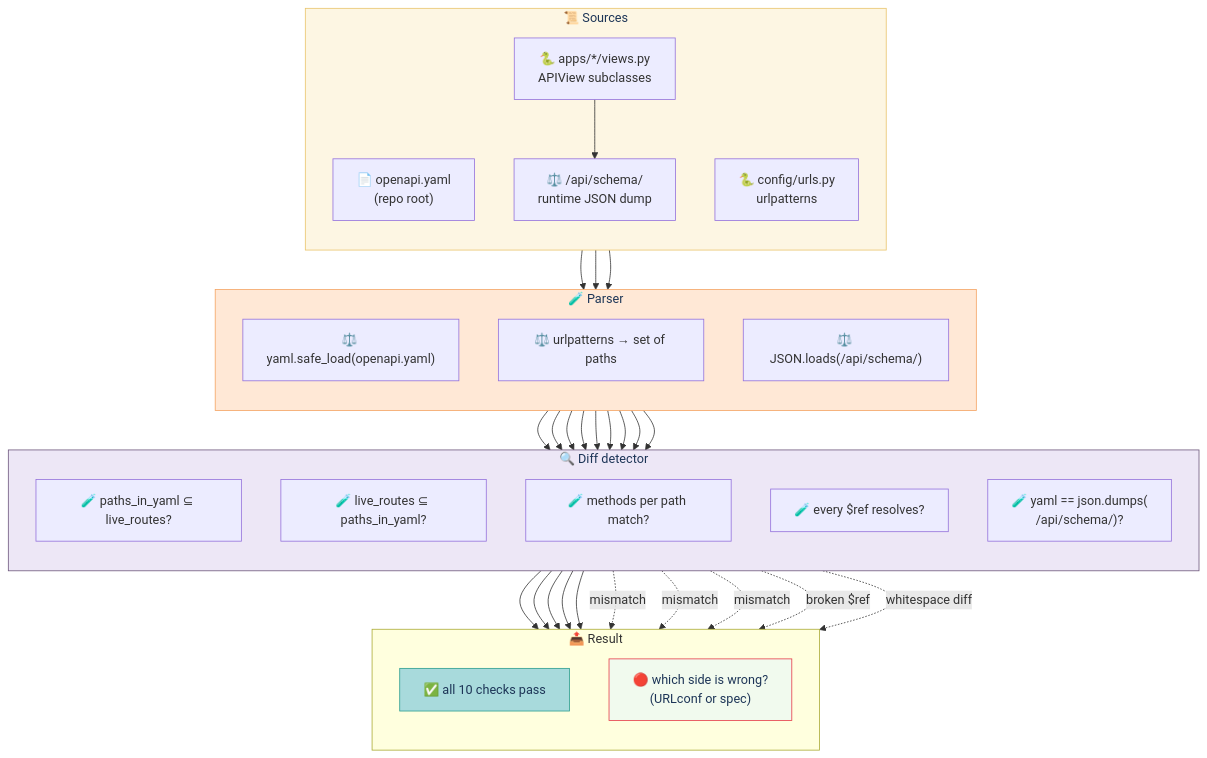
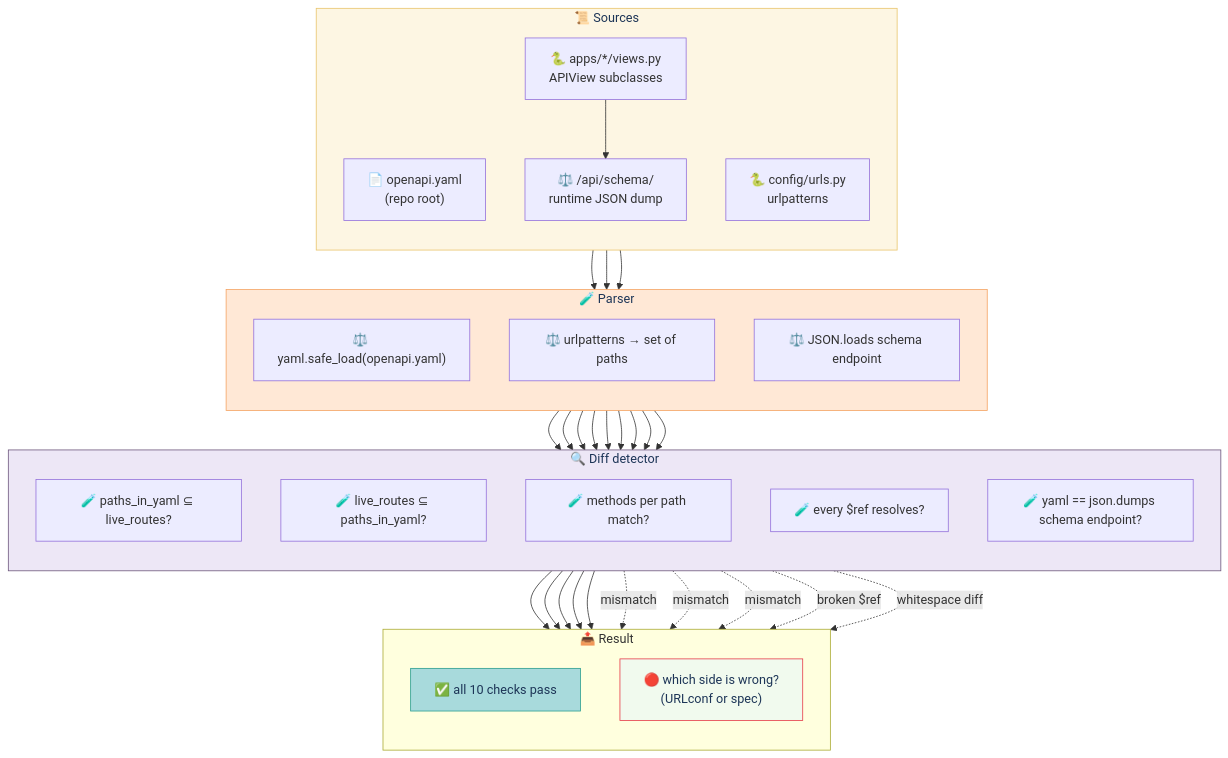
The diagram in docs/TESTING-CONFORMANCE.md (choksi2212/dogfood-hackathon), drawn with Mermaid before and after one commit. The commit also changed 20 other files, not shown here.

First line of the commit message:
Fix mermaid parse errors across 21 docs

````diff
--- a/docs/TESTING-CONFORMANCE.md
+++ b/docs/TESTING-CONFORMANCE.md
@@ -14,62 +14,62 @@
 ```mermaid
 flowchart TB
     subgraph SRC["📜 Sources"]
         direction TB
         YAML["📄 openapi.yaml<br/>(repo root)"]
         URL["🐍 config/urls.py<br/>urlpatterns"]
         VIEW["🐍 apps/*/views.py<br/>APIView subclasses"]
         SCHEMA["⚖️ /api/schema/<br/>runtime JSON dump"]
     end
 
     subgraph PARSE["🧪 Parser"]
         direction TB
         P1["⚖️ yaml.safe_load(openapi.yaml)"]
         P2["⚖️ urlpatterns → set of paths"]
-        P3["⚖️ JSON.loads(/api/schema/)"]
+        P3["⚖️ JSON.loads schema endpoint"]
     end
 
     subgraph DIFF["🔍 Diff detector"]
         direction TB
         D1["🧪 paths_in_yaml ⊆ live_routes?"]
         D2["🧪 live_routes ⊆ paths_in_yaml?"]
         D3["🧪 methods per path match?"]
         D4["🧪 every $ref resolves?"]
-        D5["🧪 yaml == json.dumps(<br/>/api/schema/)?"]
+        D5["🧪 yaml == json.dumps schema endpoint?"]
     end
 
     subgraph OUT["📤 Result"]
         direction TB
         OK["✅ all 10 checks pass"]
         FAIL["🔴 which side is wrong?<br/>(URLconf or spec)"]
     end
 
     YAML --> P1
     URL --> P2
     VIEW --> SCHEMA --> P3
     P1 --> D1
     P2 --> D1
     P2 --> D2
     P1 --> D2
     P1 --> D3
     P3 --> D3
     P1 --> D4
     P1 --> D5
     P3 --> D5
 
     D1 --> OK
     D2 --> OK
     D3 --> OK
     D4 --> OK
     D5 --> OK
     D1 -.->|mismatch| FAIL
     D2 -.->|mismatch| FAIL
     D3 -.->|mismatch| FAIL
     D4 -.->|broken $ref| FAIL
     D5 -.->|whitespace diff| FAIL
 
     style SRC fill:#FDF6E3,stroke:#E9C46A,color:#1D3557
     style PARSE fill:#FFE8D6,stroke:#F4A261,color:#1D3557
     style DIFF fill:#EDE7F6,stroke:#6C567B,color:#1D3557
     style OK fill:#A8DADC,stroke:#2A9D8F,color:#1D3557
     style FAIL fill:#F1FAEE,stroke:#E63946,color:#1D3557
 ```
````
